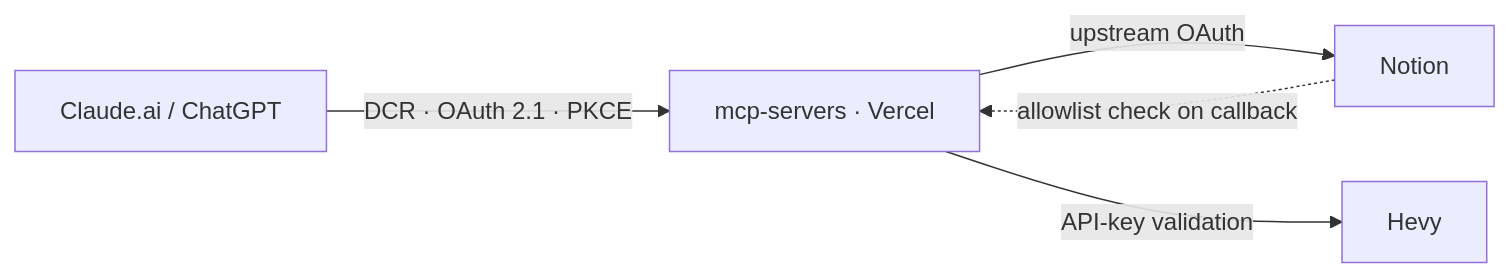
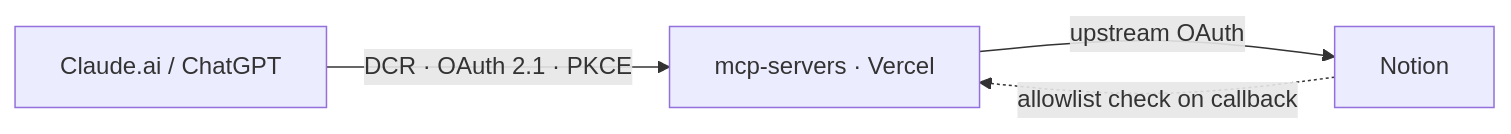
Before and after one commit to kincaidoneil/mcp-servers: the diagram in README.md, drawn with Mermaid. The commit also changed other lines of this file and 29 other files, not shown here.

First line of the commit message:
Remove the Hevy bridge

````diff
--- a/README.md
+++ b/README.md
@@ -64,12 +29,10 @@
 ```mermaid
 flowchart LR
     client["Claude.ai / ChatGPT"]
     bridge["mcp-servers · Vercel"]
     notion["Notion"]
-    hevy["Hevy"]
 
     client -->|"DCR · OAuth 2.1 · PKCE"| bridge
     bridge -->|"upstream OAuth"| notion
     notion -.->|"allowlist check on callback"| bridge
-    bridge -->|"API-key validation"| hevy
 ```
````
